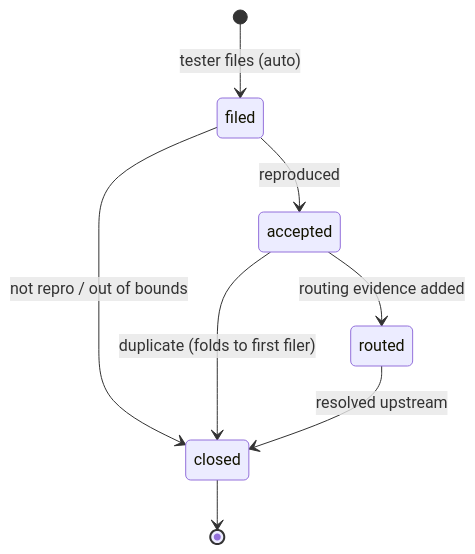
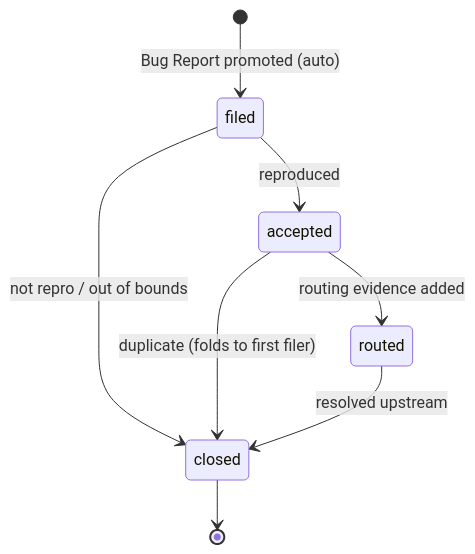
One commit to 0gfoundation/0g-testing-hub changed the second of 2 diagrams in docs/WORKFLOWS.md. Above: the diagram before and after it, drawn with Mermaid. The commit also changed other lines of this file and 18 other files, not shown here.

````diff
--- a/docs/WORKFLOWS.md
+++ b/docs/WORKFLOWS.md
@@ -54,10 +58,10 @@
 ```mermaid
 stateDiagram-v2
-    [*] --> filed: tester files (auto)
+    [*] --> filed: Bug Report promoted (auto)
     filed --> accepted: reproduced
     filed --> closed: not repro / out of bounds
     accepted --> routed: routing evidence added
     accepted --> closed: duplicate (folds to first filer)
     routed --> closed: resolved upstream
     closed --> [*]
 ```
````
